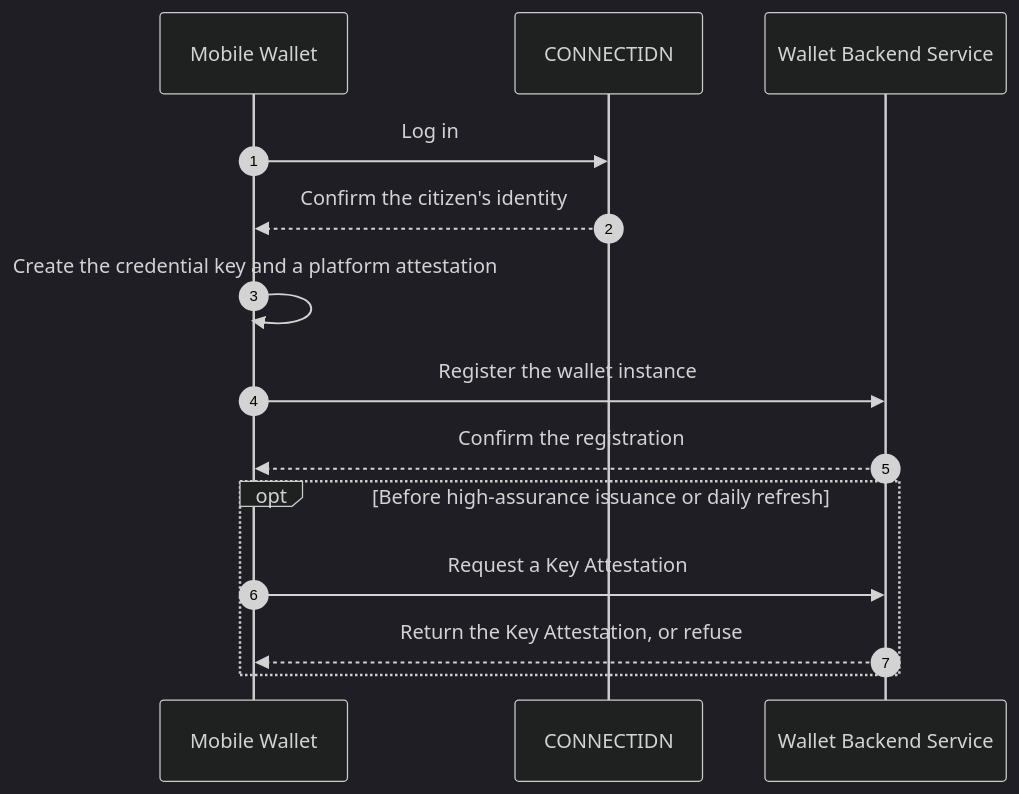
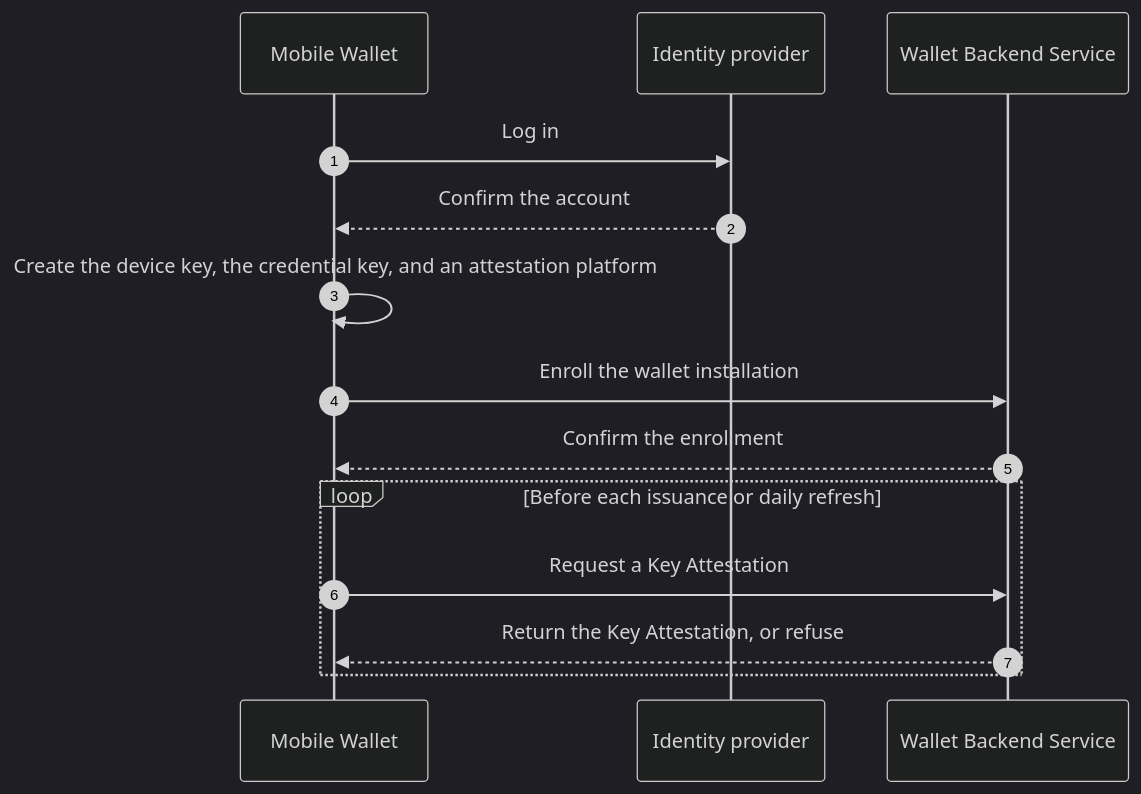
Before and after one commit to id-verifiable-credential-dev/id-doc-idctf: the fourth of 14 diagrams in docs/architecture-framework/high-level-architecture/flows-per-use-case.md, drawn with Mermaid (dark theme). The commit also changed other lines of this file and 87 other files, not shown here.

````diff
--- a/docs/architecture-framework/high-level-architecture/flows-per-use-case.md
+++ b/docs/architecture-framework/high-level-architecture/flows-per-use-case.md
@@ -198,16 +244,16 @@
 ```mermaid
 sequenceDiagram
     autonumber
     participant MW as Mobile Wallet
-    participant IDN as CONNECTIDN
+    participant IDP as Identity provider
     participant WBS as Wallet Backend Service
-    MW->>IDN: Log in
-    IDN-->>MW: Confirm the citizen's identity
-    MW->>MW: Create the credential key and a platform attestation
-    MW->>WBS: Register the wallet instance
-    WBS-->>MW: Confirm the registration
-    opt Before high-assurance issuance or daily refresh
+    MW->>IDP: Log in
+    IDP-->>MW: Confirm the account
+    MW->>MW: Create the device key, the credential key, and an attestation platform
+    MW->>WBS: Enroll the wallet installation
+    WBS-->>MW: Confirm the enrollment
+    loop Before each issuance or daily refresh
         MW->>WBS: Request a Key Attestation
         WBS-->>MW: Return the Key Attestation, or refuse
     end
 ```
````
